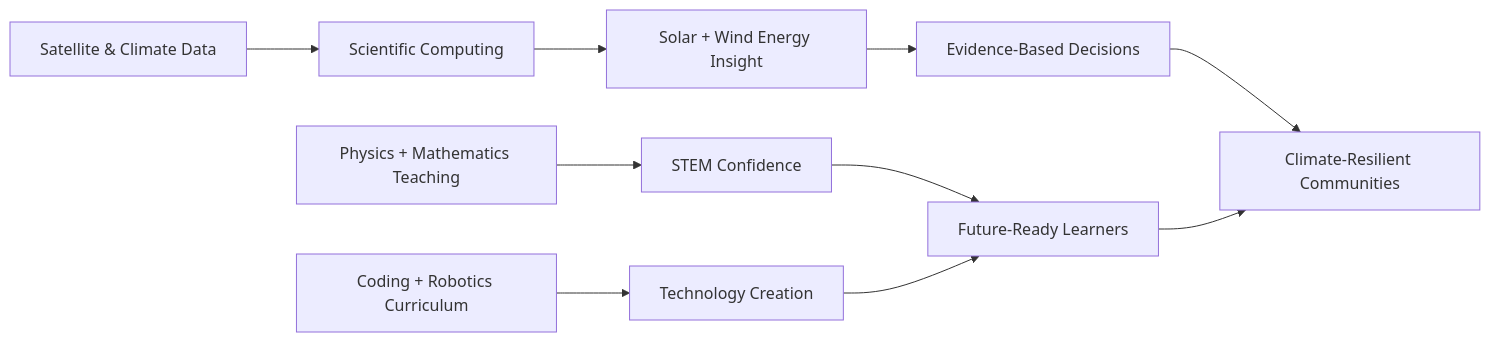
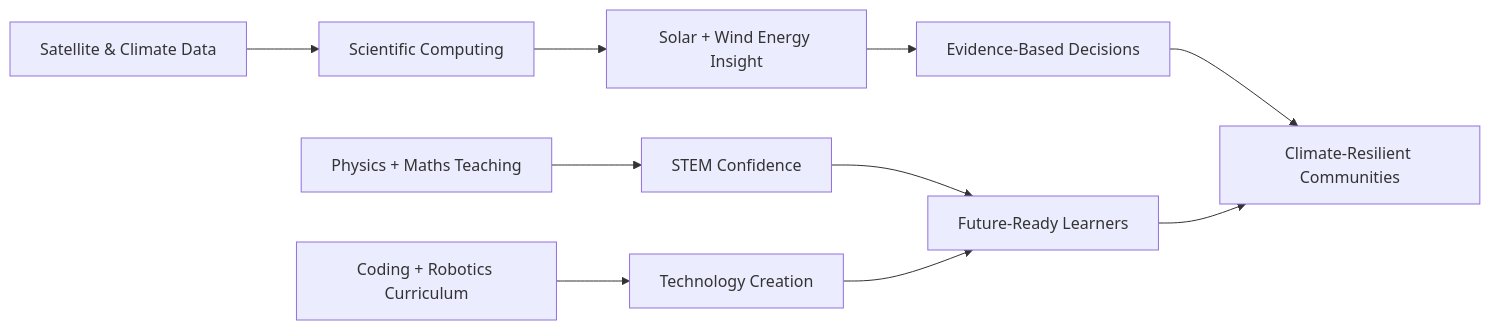
One commit to babatundeawo/babatundeawo changed the diagram in README.md. Above: the diagram before and after it, drawn with Mermaid. The commit also changed other lines of this file, not shown here.

````diff
--- a/README.md
+++ b/README.md
@@ -306,12 +148,12 @@
 ```mermaid
 graph LR
   A[Satellite & Climate Data] --> B[Scientific Computing]
   B --> C[Solar + Wind Energy Insight]
   C --> D[Evidence-Based Decisions]
-  E[Physics + Mathematics Teaching] --> F[STEM Confidence]
+  E[Physics + Maths Teaching] --> F[STEM Confidence]
   F --> G[Future-Ready Learners]
   H[Coding + Robotics Curriculum] --> I[Technology Creation]
   I --> G
   D --> J[Climate-Resilient Communities]
   G --> J
 ```
````
